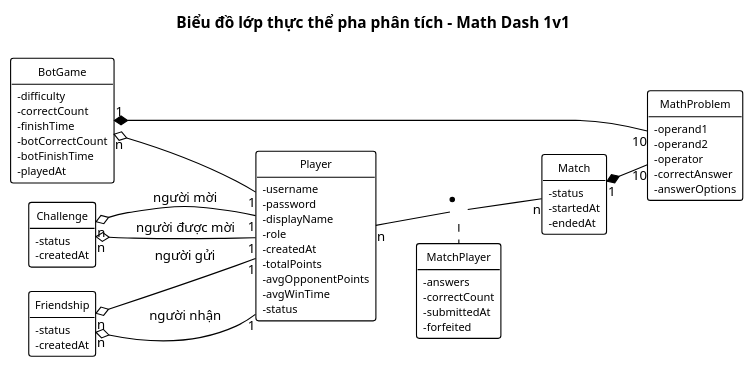
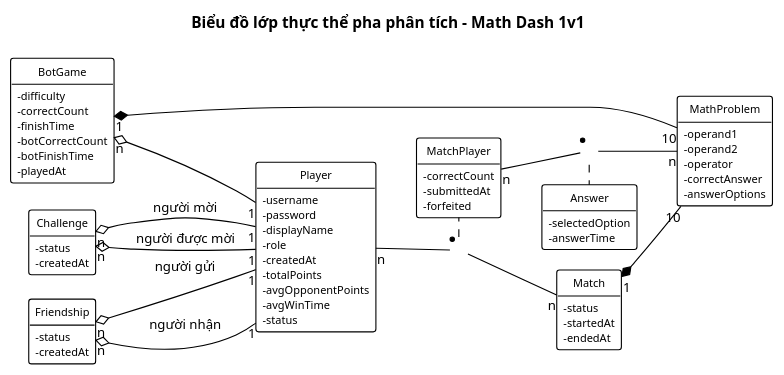
Before and after one commit to HungNguyenBa1811/math-dash: the diagram in docs/chung/lop-thuc-the-phan-tich.puml, drawn with PlantUML. The commit also changed 8 other files, not shown here.

```diff
--- a/docs/chung/lop-thuc-the-phan-tich.puml
+++ b/docs/chung/lop-thuc-the-phan-tich.puml
@@ -1,78 +1,83 @@
 @startuml lop-thuc-the-phan-tich
 !pragma layout smetana
 ' === VP Base Theme v2 ===
 skinparam defaultFontName "Segoe UI"
 skinparam defaultFontSize 12
 skinparam shadowing false
 skinparam arrowColor #000000
 skinparam lineColor #000000
 hide circle
 hide empty members
 skinparam classAttributeIconSize 0
 skinparam class {
   BackgroundColor #FFFFFF
   BorderColor #000000
   FontColor #000000
   FontSize 11
   AttributeFontSize 10
   BorderThickness 1
 }
 left to right direction
 title Biểu đồ lớp thực thể pha phân tích – Math Dash 1v1
 
 class Player {
   - username
   - password
   - displayName
   - role
   - createdAt
   - totalPoints
   - avgOpponentPoints
   - avgWinTime
   - status
 }
 class MathProblem {
   - operand1
   - operand2
   - operator
   - correctAnswer
   - answerOptions
 }
 class Challenge {
   - status
   - createdAt
 }
 class Match {
   - status
   - startedAt
   - endedAt
 }
 class MatchPlayer {
-  - answers
   - correctCount
   - submittedAt
   - forfeited
+}
+class Answer {
+  - selectedOption
+  - answerTime
 }
 class BotGame {
   - difficulty
   - correctCount
   - finishTime
   - botCorrectCount
   - botFinishTime
   - playedAt
 }
 class Friendship {
   - status
   - createdAt
 }
 
 Challenge "n" o-- "1" Player : người mời
 Challenge "n" o-- "1" Player : người được mời
 Player "n" -- "n" Match
 (Player, Match) .. MatchPlayer
 Match "1" *-- "10" MathProblem
+MatchPlayer "n" -- "n" MathProblem
+(MatchPlayer, MathProblem) .. Answer
 BotGame "n" o-- "1" Player
 BotGame "1" *-- "10" MathProblem
 Friendship "n" o-- "1" Player : người gửi
 Friendship "n" o-- "1" Player : người nhận
 @enduml
```
